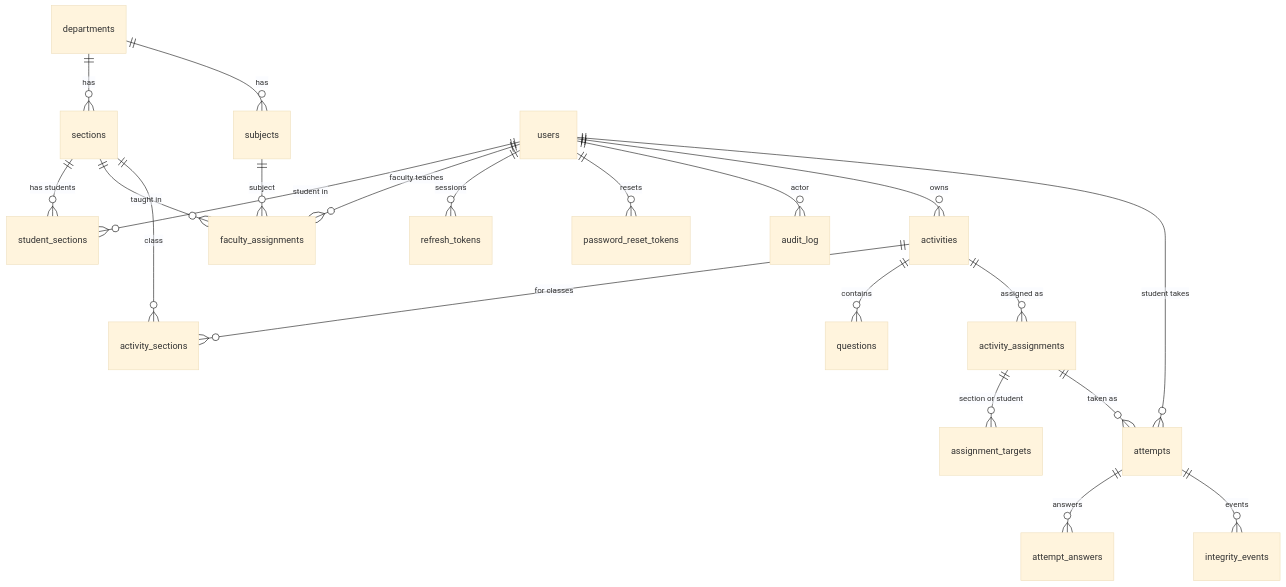
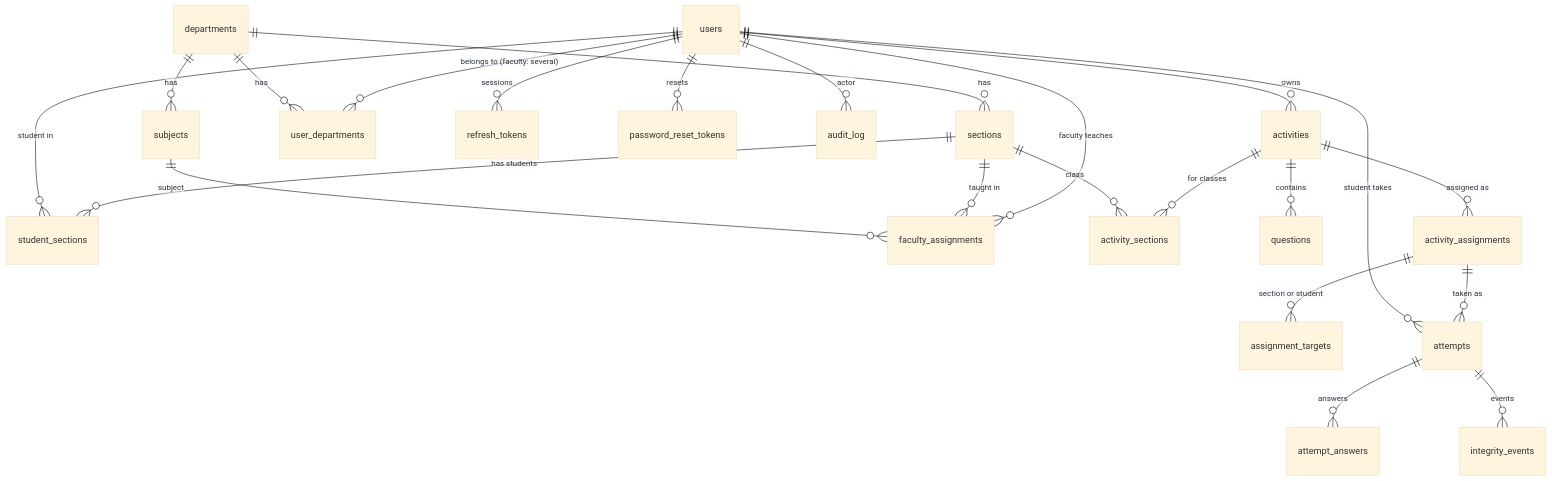
Before and after one commit to OSSC-DBIT/openqz: the second of 9 diagrams in docs/architecture.md, drawn with Mermaid (base theme). The commit also changed other lines of this file and 62 other files, not shown here.

````diff
--- a/docs/architecture.md
+++ b/docs/architecture.md
@@ -45,23 +45,25 @@
 ```mermaid
 erDiagram
     departments ||--o{ sections : has
     departments ||--o{ subjects : has
     sections ||--o{ student_sections : "has students"
     users ||--o{ student_sections : "student in"
+    users ||--o{ user_departments : "belongs to (faculty: several)"
+    departments ||--o{ user_departments : "has"
     users ||--o{ faculty_assignments : "faculty teaches"
     sections ||--o{ faculty_assignments : "taught in"
     subjects ||--o{ faculty_assignments : "subject"
     users ||--o{ refresh_tokens : "sessions"
     users ||--o{ password_reset_tokens : "resets"
     users ||--o{ audit_log : "actor"
     users ||--o{ activities : "owns"
     activities ||--o{ activity_sections : "for classes"
     sections ||--o{ activity_sections : "class"
     activities ||--o{ questions : "contains"
     activities ||--o{ activity_assignments : "assigned as"
     activity_assignments ||--o{ assignment_targets : "section or student"
     activity_assignments ||--o{ attempts : "taken as"
     users ||--o{ attempts : "student takes"
     attempts ||--o{ attempt_answers : "answers"
     attempts ||--o{ integrity_events : "events"
 ```
````
